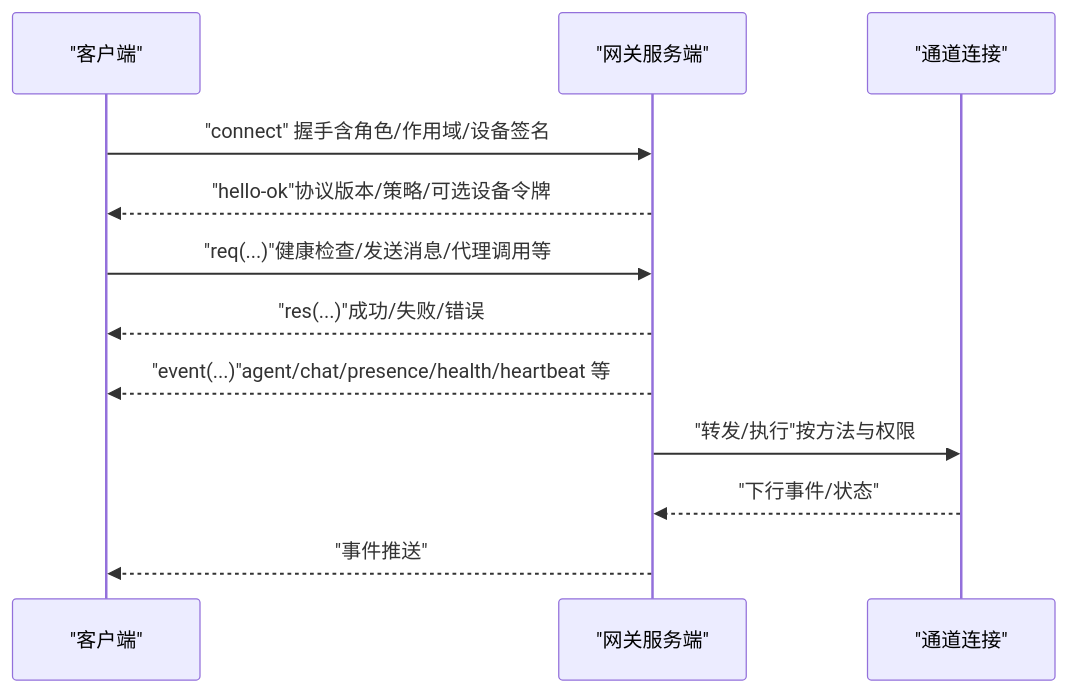
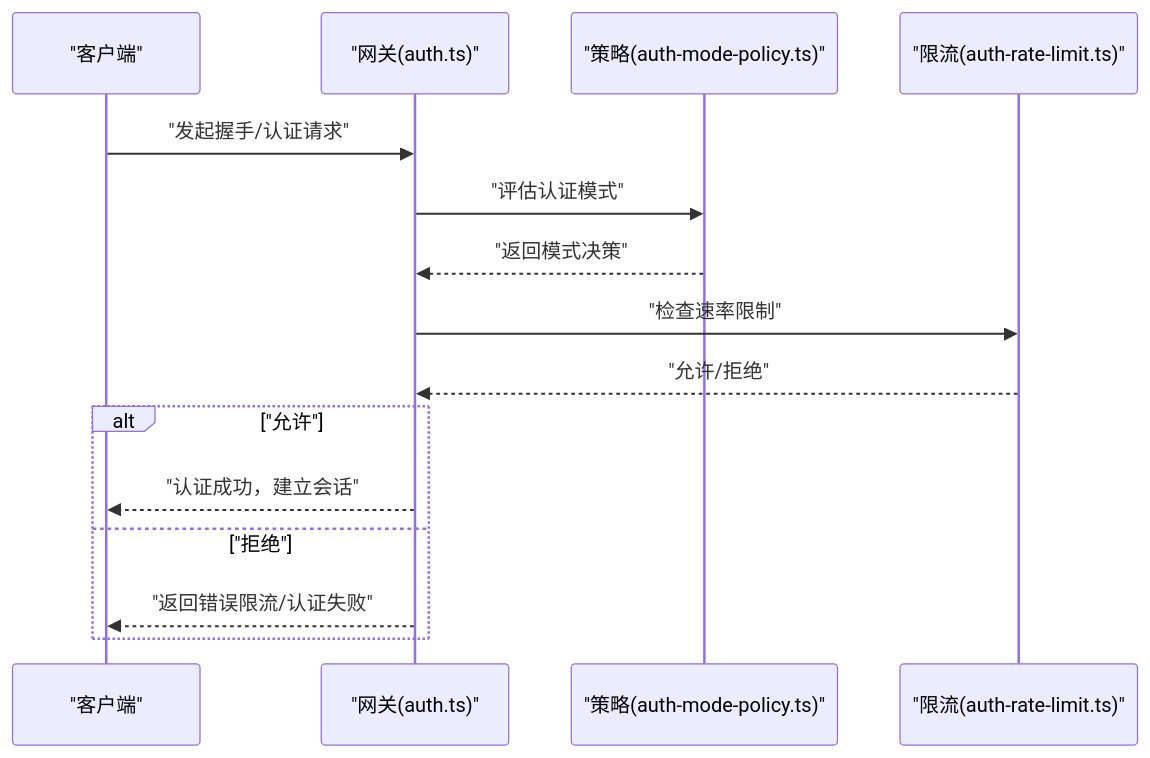
Before and after one commit to botx-work/OpenClaw-Internals: the third of 5 diagrams in repowiki/zh/content/核心概念/网关架构.md, drawn with Mermaid. The commit also changed other lines of this file and 542 other files, not shown here.

````diff
--- a/repowiki/zh/content/核心概念/网关架构.md
+++ b/repowiki/zh/content/核心概念/网关架构.md
@@ -97,14 +193,17 @@
 ```mermaid
 sequenceDiagram
 participant C as "客户端"
-participant G as "网关服务端"
-participant P as "通道连接"
-C->>G : "connect" 握手含角色/作用域/设备签名
-G-->>C : "hello-ok"协议版本/策略/可选设备令牌
-C->>G : "req(...)"健康检查/发送消息/代理调用等
-G-->>C : "res(...)"成功/失败/错误
-G-->>C : "event(...)"agent/chat/presence/health/heartbeat 等
-G->>P : "转发/执行"按方法与权限
-P-->>G : "下行事件/状态"
-G-->>C : "事件推送"
+participant G as "网关(auth.ts)"
+participant P as "策略(auth-mode-policy.ts)"
+participant R as "限流(auth-rate-limit.ts)"
+C->>G : "发起握手/认证请求"
+G->>P : "评估认证模式"
+P-->>G : "返回模式决策"
+G->>R : "检查速率限制"
+R-->>G : "允许/拒绝"
+alt "允许"
+G-->>C : "认证成功，建立会话"
+else "拒绝"
+G-->>C : "返回错误限流/认证失败"
+end
 ```
````
